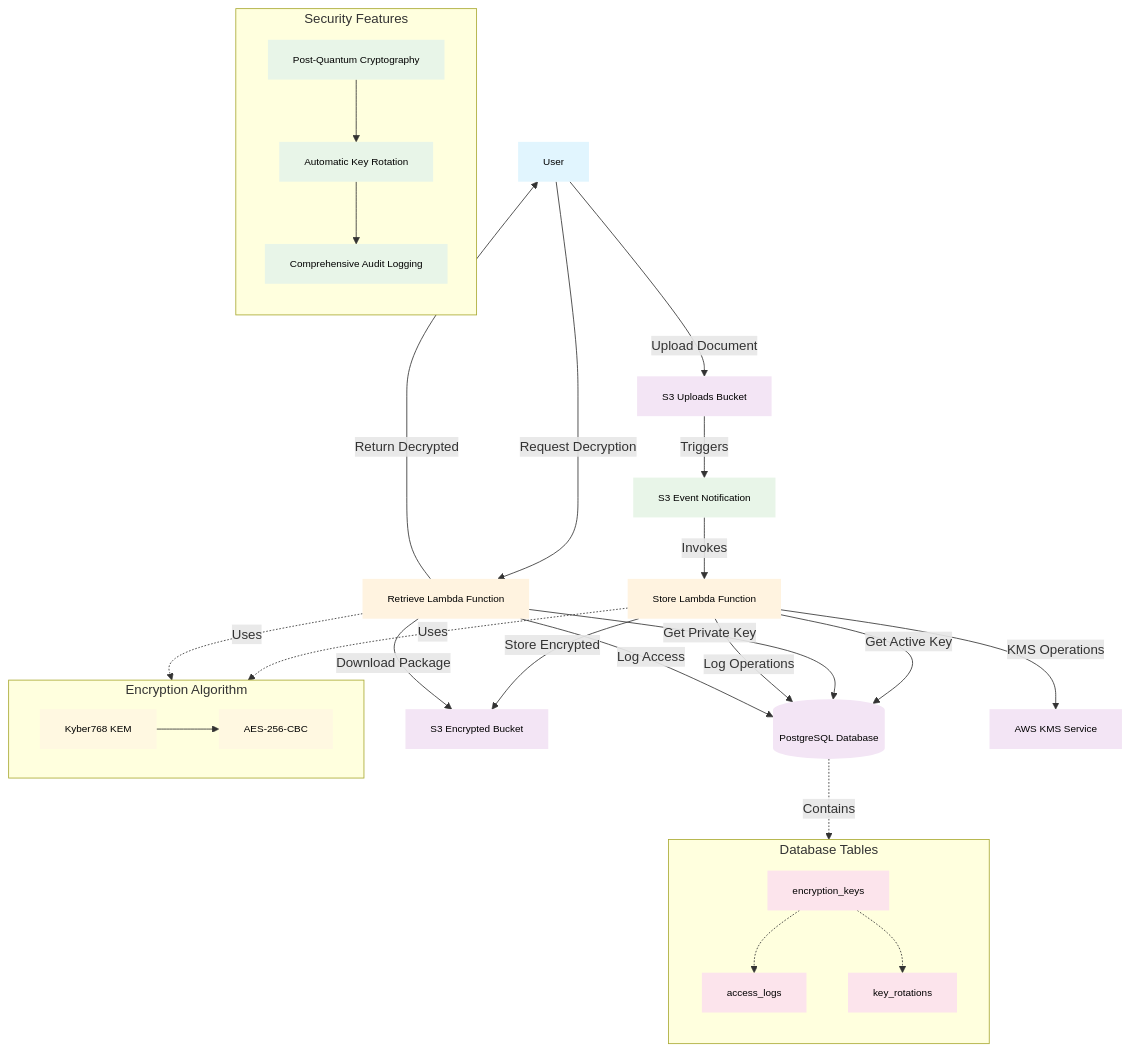
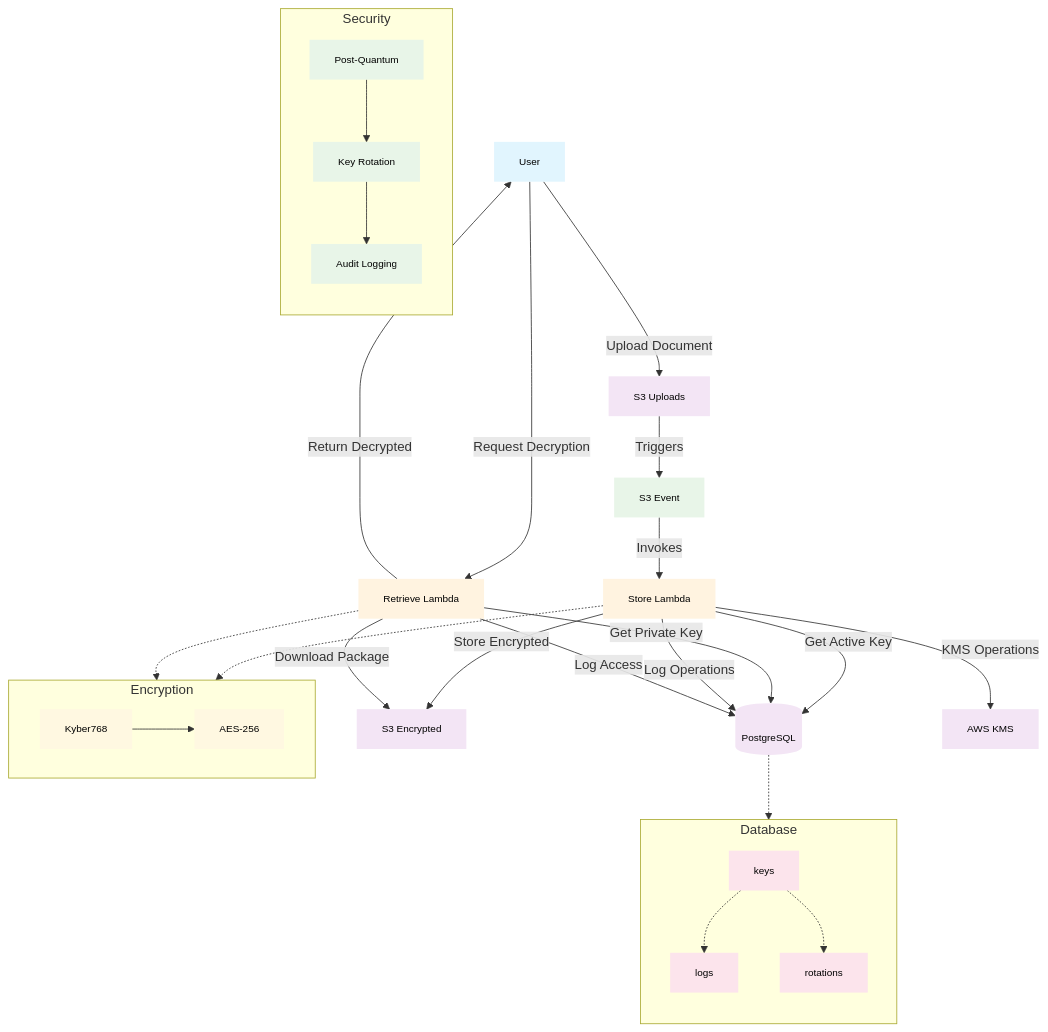
Before and after one commit to m1rl0k/pqfile: the diagram in architecture.mmd, drawn with Mermaid.

```diff
--- a/architecture.mmd
+++ b/architecture.mmd
@@ -1,86 +1,86 @@
 graph TB
     %% External Components
     User["User"]
-    S3Upload["S3 Uploads Bucket"]
-    S3Encrypted["S3 Encrypted Bucket"]
+    S3Upload["S3 Uploads"]
+    S3Encrypted["S3 Encrypted"]
 
     %% Core Services
-    StoreL["Store Lambda Function"]
-    RetrieveL["Retrieve Lambda Function"]
-    DB[("PostgreSQL Database")]
-    KMS["AWS KMS Service"]
+    StoreL["Store Lambda"]
+    RetrieveL["Retrieve Lambda"]
+    DB[("PostgreSQL")]
+    KMS["AWS KMS"]
 
     %% Event Flow
-    S3Event["S3 Event Notification"]
+    S3Event["S3 Event"]
     
     %% User Interactions
     User -->|Upload Document| S3Upload
     User -->|Request Decryption| RetrieveL
 
     %% Automatic Encryption Flow
     S3Upload -->|Triggers| S3Event
     S3Event -->|Invokes| StoreL
     StoreL -->|Get Active Key| DB
     StoreL -->|KMS Operations| KMS
     StoreL -->|Store Encrypted| S3Encrypted
 
     %% Decryption Flow
     RetrieveL -->|Get Private Key| DB
     RetrieveL -->|Download Package| S3Encrypted
     RetrieveL -->|Return Decrypted| User
 
     %% Database Operations
     StoreL -->|Log Operations| DB
     RetrieveL -->|Log Access| DB
     
     %% Algorithm Details
-    subgraph Algo ["Encryption Algorithm"]
+    subgraph Algo ["Encryption"]
         direction LR
-        Kyber["Kyber768 KEM"]
-        AES["AES-256-CBC"]
+        Kyber["Kyber768"]
+        AES["AES-256"]
         Kyber --> AES
     end
 
-    StoreL -.->|Uses| Algo
-    RetrieveL -.->|Uses| Algo
+    StoreL -.-> Algo
+    RetrieveL -.-> Algo
 
     %% Database Schema
-    subgraph DBSchema ["Database Tables"]
+    subgraph DBSchema ["Database"]
         direction TB
-        EncKeys["encryption_keys"]
-        AccessLogs["access_logs"]
-        KeyRotations["key_rotations"]
+        EncKeys["keys"]
+        AccessLogs["logs"]
+        KeyRotations["rotations"]
 
         EncKeys -.-> AccessLogs
         EncKeys -.-> KeyRotations
     end
 
-    DB -.->|Contains| DBSchema
+    DB -.-> DBSchema
 
     %% Security Features
-    subgraph Security ["Security Features"]
+    subgraph Security ["Security"]
         direction TB
-        PQC["Post-Quantum Cryptography"]
-        KeyRot["Automatic Key Rotation"]
-        Audit["Comprehensive Audit Logging"]
+        PQC["Post-Quantum"]
+        KeyRot["Key Rotation"]
+        Audit["Audit Logging"]
 
         PQC --> KeyRot
         KeyRot --> Audit
     end
     
     %% Styling
     classDef userClass fill:#e1f5fe,stroke:none,font-size:12px,color:#000
     classDef lambdaClass fill:#fff3e0,stroke:none,font-size:12px,color:#000
     classDef storageClass fill:#f3e5f5,stroke:none,font-size:12px,color:#000
     classDef eventClass fill:#e8f5e8,stroke:none,font-size:12px,color:#000
     classDef algorithmClass fill:#fff8e1,stroke:none,font-size:12px,color:#000
     classDef dbClass fill:#fce4ec,stroke:none,font-size:12px,color:#000
 
     class User userClass
     class StoreL,RetrieveL lambdaClass
     class S3Upload,S3Encrypted storageClass
     class DB,KMS storageClass
     class S3Event eventClass
     class Kyber,AES algorithmClass
     class EncKeys,AccessLogs,KeyRotations dbClass
     class PQC,KeyRot,Audit eventClass
```
